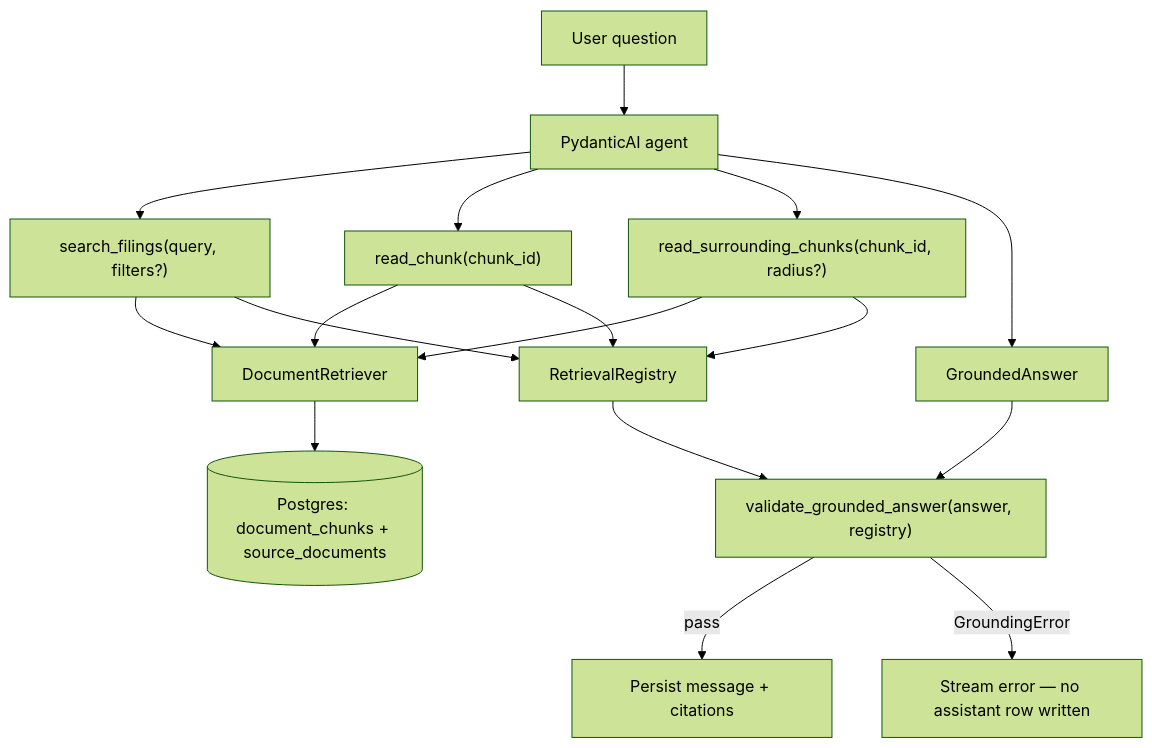
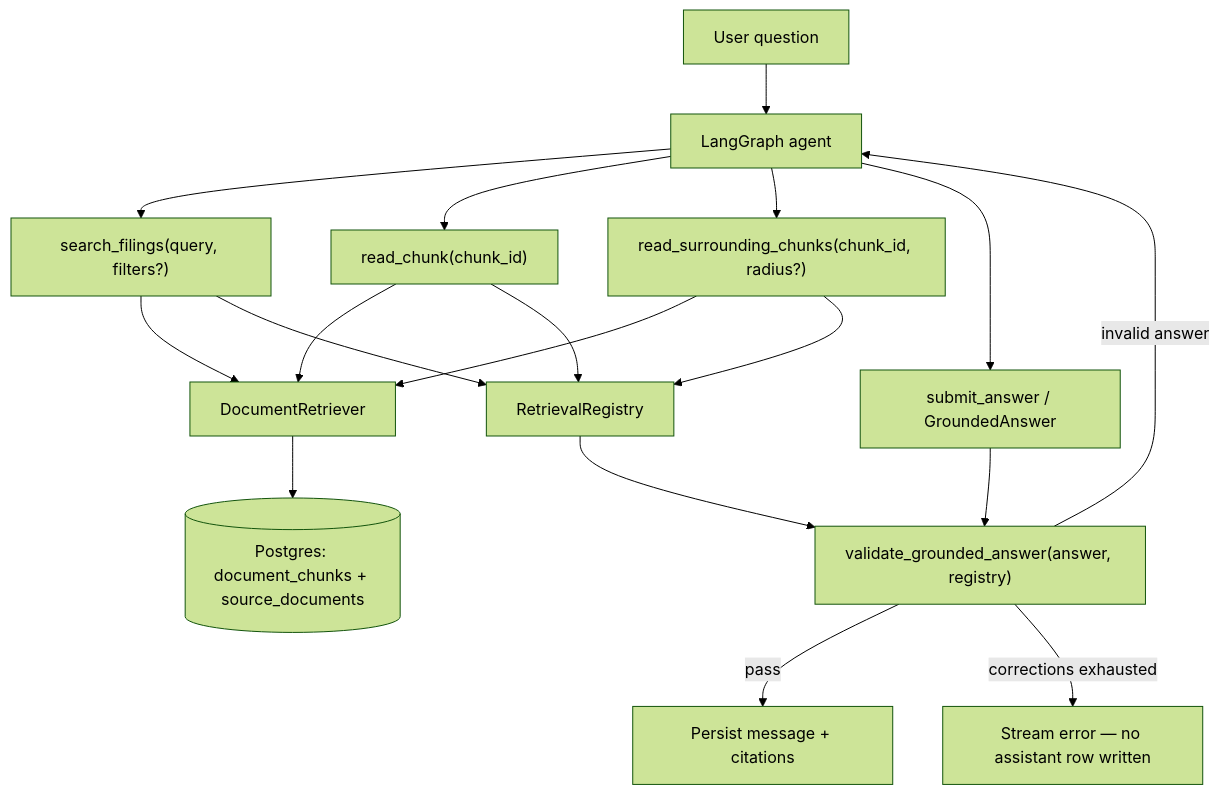
One commit to ebidotpy/SEC-filings-assistant changed the diagram in backend/app/retrieval/README.md. Above: the diagram before and after it, drawn with Mermaid (forest theme). The commit also changed other lines of this file and 41 other files, not shown here.

Commit message:
changed agent orchestrator from PydanticAI to LangGraph

````diff
--- a/backend/app/retrieval/README.md
+++ b/backend/app/retrieval/README.md
@@ -29,19 +29,20 @@
 ```mermaid
 flowchart TD
-    Q[User question] --> A[PydanticAI agent]
+    Q[User question] --> A[LangGraph agent]
     A --> T1["search_filings(query, filters?)"]
     A --> T2["read_chunk(chunk_id)"]
     A --> T3["read_surrounding_chunks(chunk_id, radius?)"]
     T1 --> R[DocumentRetriever]
     T2 --> R
     T3 --> R
     R --> DB[(Postgres: document_chunks + source_documents)]
     T1 --> REG[RetrievalRegistry]
     T2 --> REG
     T3 --> REG
-    A --> GA[GroundedAnswer]
+    A --> GA[submit_answer / GroundedAnswer]
     GA --> V["validate_grounded_answer(answer, registry)"]
     REG --> V
     V -->|pass| P[Persist message + citations]
-    V -->|GroundingError| E[Stream error — no assistant row written]
+    V -->|invalid answer| A
+    V -->|corrections exhausted| E[Stream error — no assistant row written]
 ```
````
